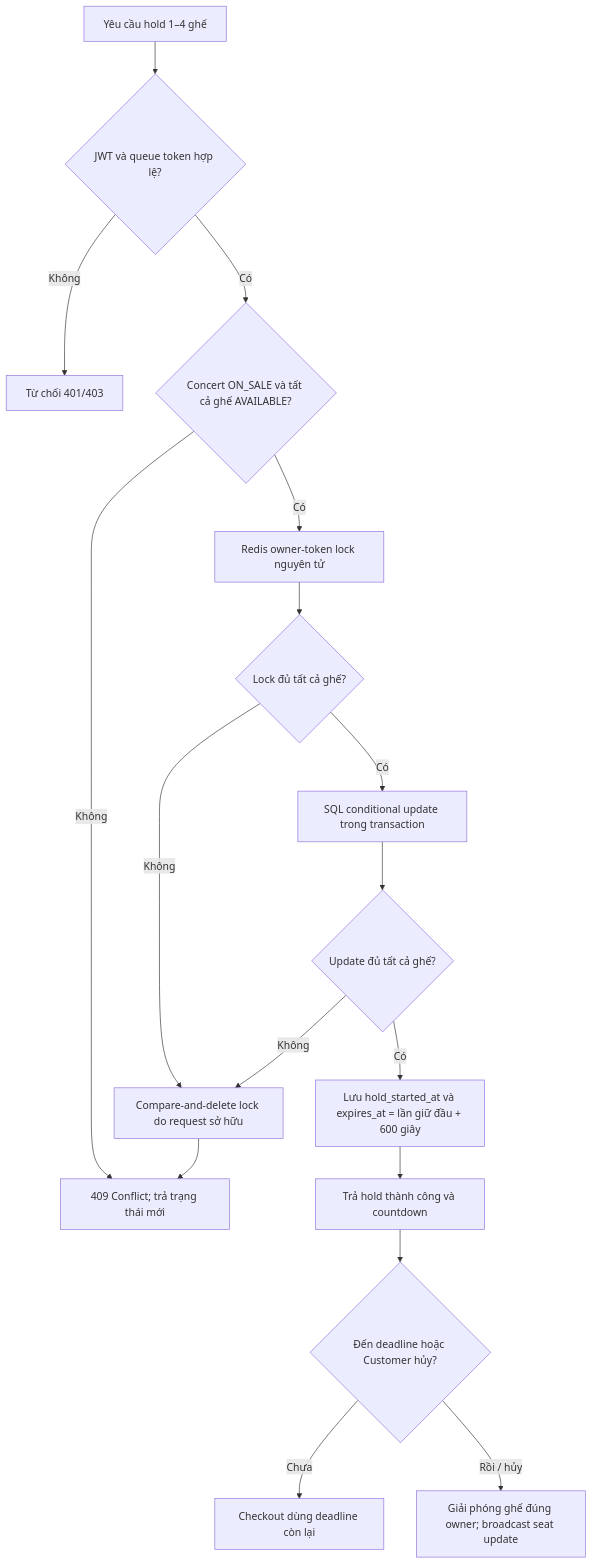
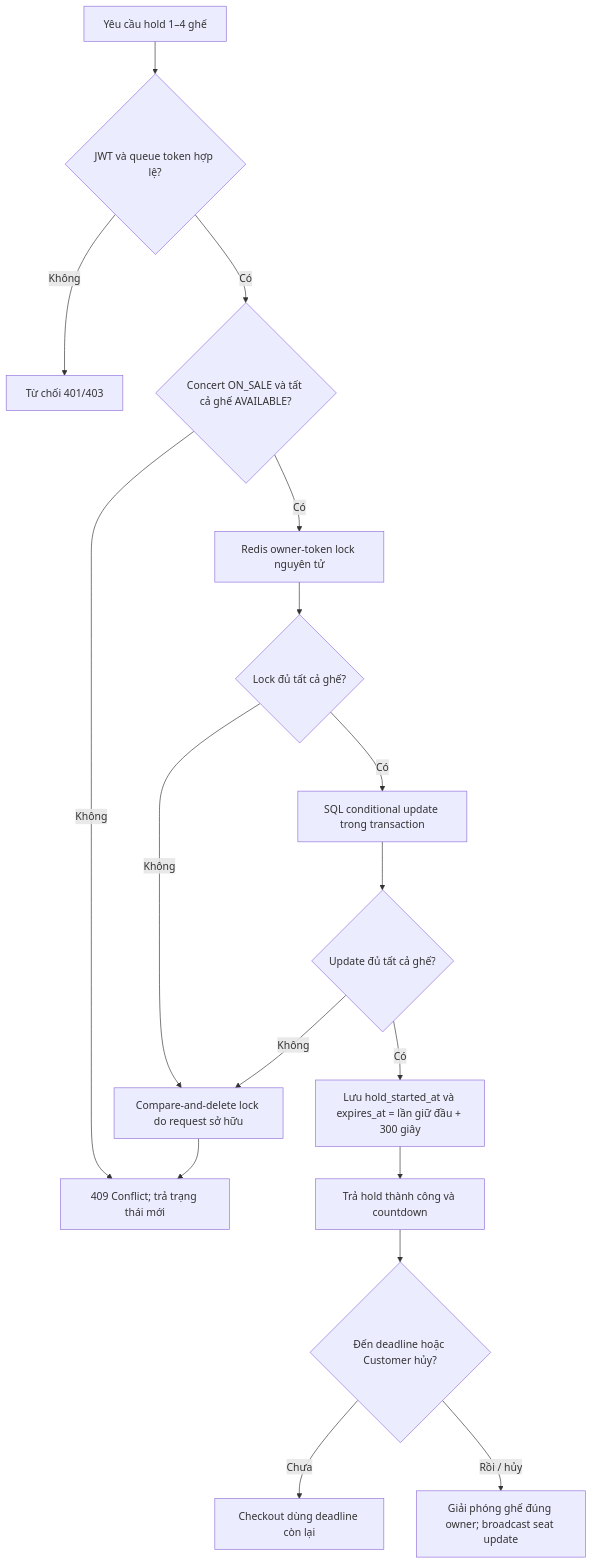
One commit to toanteng11/concert-ticketing-docs changed diagram 11 of 20 in business-analysis/System_Design_Presentation.md. Above: the diagram before and after it, drawn with Mermaid. The commit also changed other lines of this file and 43 other files, not shown here.

````diff
--- a/business-analysis/System_Design_Presentation.md
+++ b/business-analysis/System_Design_Presentation.md
@@ -514,19 +515,19 @@
-~~~mermaid
+```mermaid
 flowchart TD
   request["Yêu cầu hold 1–4 ghế"] --> valid{"JWT và queue token hợp lệ?"}
   valid -->|Không| rejectAuth["Từ chối 401/403"]
   valid -->|Có| available{"Concert ON_SALE và tất cả ghế AVAILABLE?"}
   available -->|Không| conflict["409 Conflict; trả trạng thái mới"]
   available -->|Có| lock["Redis owner-token lock nguyên tử"]
   lock --> lockOk{"Lock đủ tất cả ghế?"}
   lockOk -->|Không| cleanup["Compare-and-delete lock do request sở hữu"]
   cleanup --> conflict
   lockOk -->|Có| sql["SQL conditional update trong transaction"]
   sql --> sqlOk{"Update đủ tất cả ghế?"}
   sqlOk -->|Không| cleanup
-  sqlOk -->|Có| deadline["Lưu hold_started_at và expires_at = lần giữ đầu + 600 giây"]
+  sqlOk -->|Có| deadline["Lưu hold_started_at và expires_at = lần giữ đầu + 300 giây"]
   deadline --> success["Trả hold thành công và countdown"]
   success --> expiry{"Đến deadline hoặc Customer hủy?"}
   expiry -->|Chưa| payment["Checkout dùng deadline còn lại"]
   expiry -->|Rồi / hủy| release["Giải phóng ghế đúng owner; broadcast seat update"]
-~~~
+```
````
